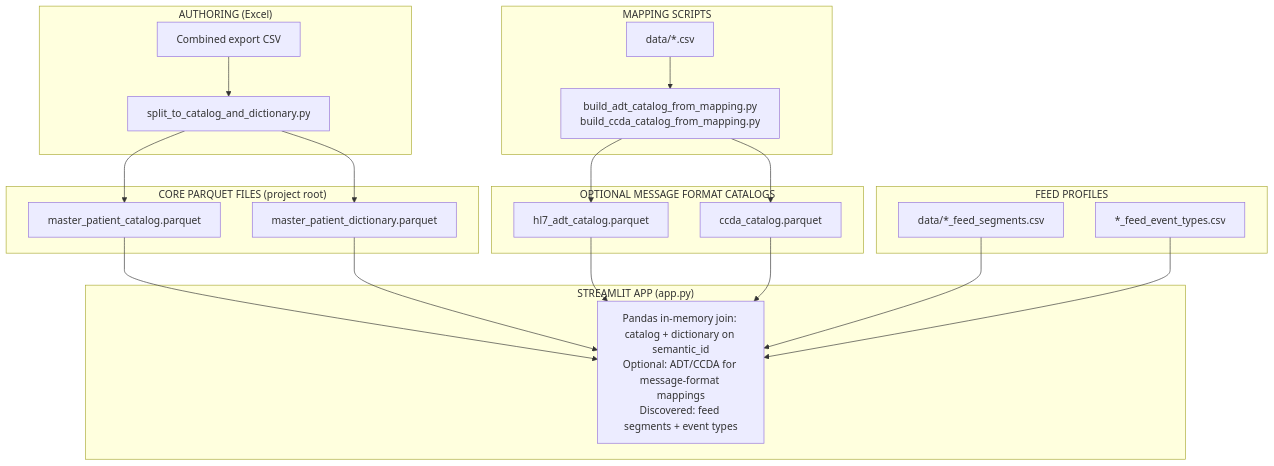
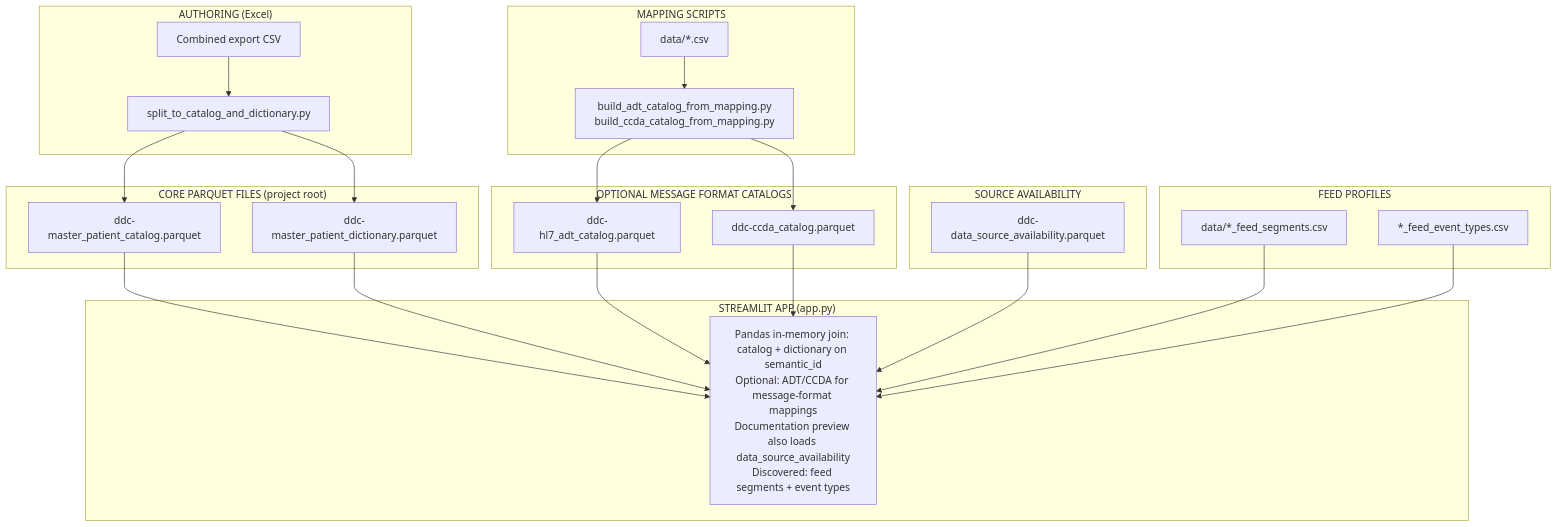
Before and after one commit to ajayprashar/chi-data-dictionary-catalog: the first of 2 diagrams in TECH-SPEC.md, drawn with Mermaid. The commit also changed other lines of this file and 1330 other files, not shown here.

First line of the commit message:
Refactor Parquet file references and update documentation for consistency

````diff
--- a/TECH-SPEC.md
+++ b/TECH-SPEC.md
@@ -254,44 +254,49 @@
 ```mermaid
 flowchart TB
     subgraph Authoring["AUTHORING (Excel)"]
         Excel["Combined export CSV"]
         Split["split_to_catalog_and_dictionary.py"]
     end
 
     subgraph Core["CORE PARQUET FILES (project root)"]
-        Catalog["master_patient_catalog.parquet"]
-        Dictionary["master_patient_dictionary.parquet"]
+        Catalog["ddc-master_patient_catalog.parquet"]
+        Dictionary["ddc-master_patient_dictionary.parquet"]
     end
 
     subgraph Mapping["MAPPING SCRIPTS"]
         DataCSV["data/*.csv"]
         Build["build_adt_catalog_from_mapping.py<br/>build_ccda_catalog_from_mapping.py"]
     end
 
     subgraph OptionalCatalogs["OPTIONAL MESSAGE FORMAT CATALOGS"]
-        ADT["hl7_adt_catalog.parquet"]
-        CCDA["ccda_catalog.parquet"]
+        ADT["ddc-hl7_adt_catalog.parquet"]
+        CCDA["ddc-ccda_catalog.parquet"]
+    end
+
+    subgraph Availability["SOURCE AVAILABILITY"]
+        Avail["ddc-data_source_availability.parquet"]
     end
 
     subgraph FeedProfiles["FEED PROFILES"]
         Segments["data/*_feed_segments.csv"]
         Events["*_feed_event_types.csv"]
     end
 
     subgraph App["STREAMLIT APP (app.py)"]
-        Streamlit["Pandas in-memory join: catalog + dictionary on semantic_id<br/>Optional: ADT/CCDA for message-format mappings<br/>Discovered: feed segments + event types"]
+        Streamlit["Pandas in-memory join: catalog + dictionary on semantic_id<br/>Optional: ADT/CCDA for message-format mappings<br/>Documentation preview also loads data_source_availability<br/>Discovered: feed segments + event types"]
     end
 
     Excel --> Split
     Split --> Catalog
     Split --> Dictionary
     DataCSV --> Build
     Build --> ADT
     Build --> CCDA
     Catalog --> Streamlit
     Dictionary --> Streamlit
     ADT --> Streamlit
     CCDA --> Streamlit
+    Avail --> Streamlit
     Segments --> Streamlit
     Events --> Streamlit
 ```
````
